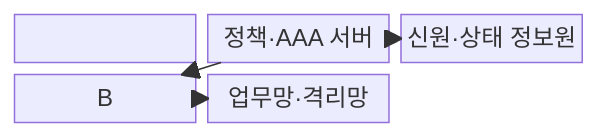
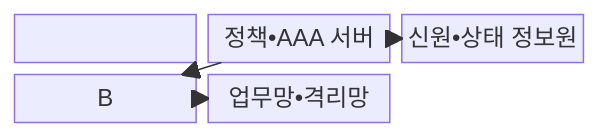
The first of 2 diagrams in src/content/docs/notes/04-network/114_network_access_control.md (agnusdei1207/knowledge-base), drawn with Mermaid before and after one commit. The commit also changed other lines of this file and 953 other files, not shown here.

````diff
--- a/src/content/docs/notes/04-network/114_network_access_control.md
+++ b/src/content/docs/notes/04-network/114_network_access_control.md
@@ -69,8 +69,8 @@
 ```mermaid
 block
   columns 3
-  A["접속 단말"] --> B["접근 집행점"] --> C["정책·AAA 서버"]
-  D["신원·상태 정보원"] --> C
+  A["접속 단말"] --> B["접근 집행점"] --> C["정책•AAA 서버"]
+  D["신원•상태 정보원"] --> C
   C --> B
-  B --> E["업무망·격리망"]
+  B --> E["업무망•격리망"]
 ```
````
